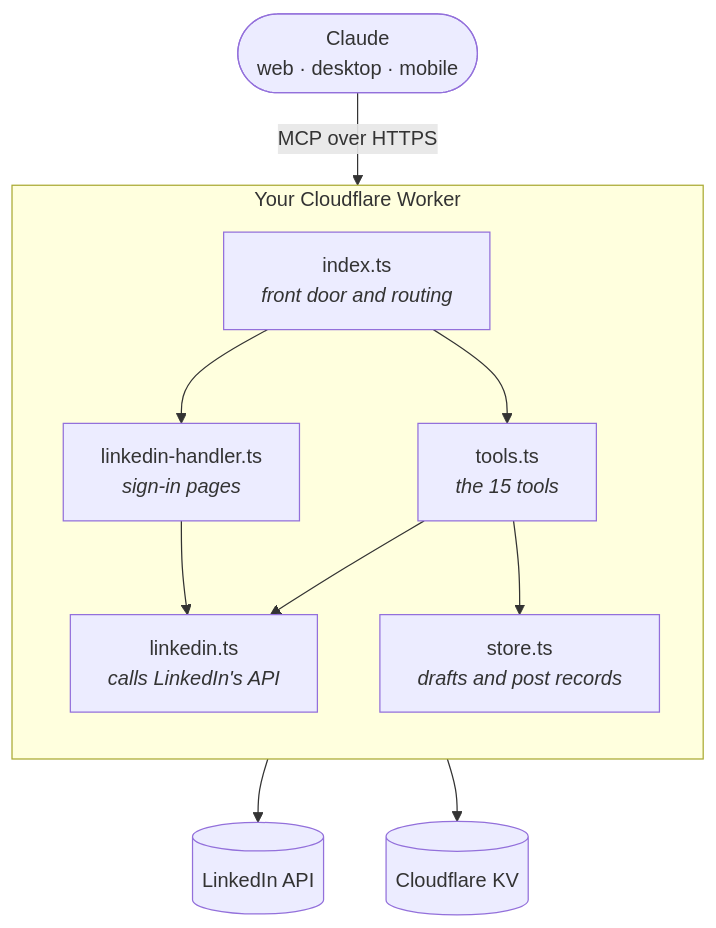
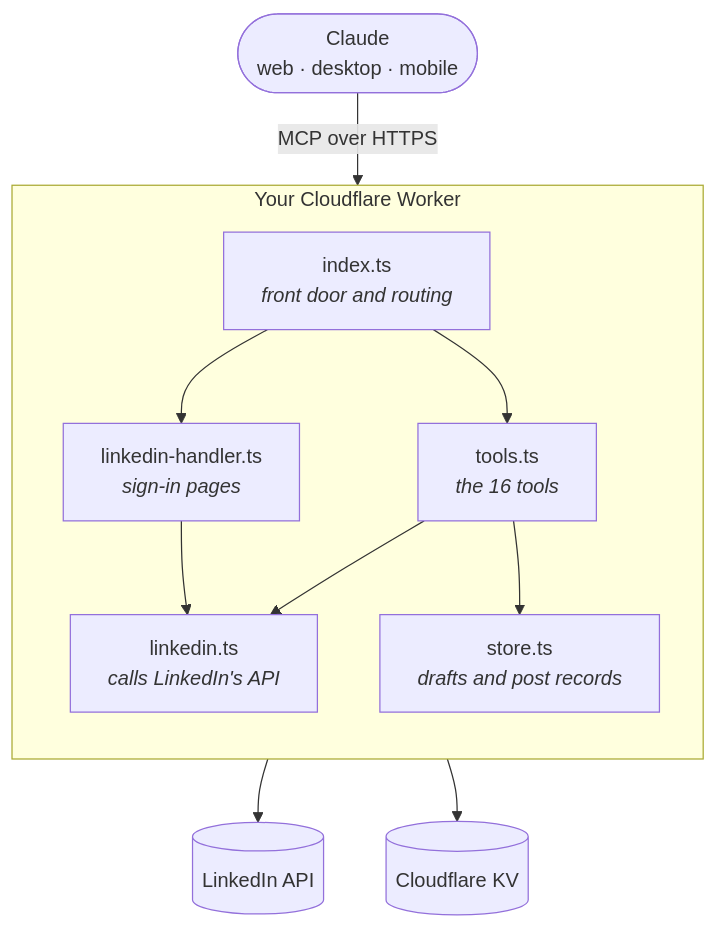
One commit to arooj1/postline-mcp changed the first of 6 diagrams in README.md. Above: the diagram before and after it, drawn with Mermaid. The commit also changed other lines of this file and 12 other files, not shown here.

````diff
--- a/README.md
+++ b/README.md
@@ -43,22 +44,22 @@
 ```mermaid
 flowchart TB
     Claude(["Claude<br/>web · desktop · mobile"])
     subgraph Worker["Your Cloudflare Worker"]
         direction TB
         index["index.ts<br/><i>front door and routing</i>"]
         handler["linkedin-handler.ts<br/><i>sign-in pages</i>"]
-        tools["tools.ts<br/><i>the 15 tools</i>"]
+        tools["tools.ts<br/><i>the 16 tools</i>"]
         li["linkedin.ts<br/><i>calls LinkedIn's API</i>"]
         store["store.ts<br/><i>drafts and post records</i>"]
         index --> handler
         index --> tools
         handler --> li
         tools --> li
         tools --> store
     end
     LinkedIn[("LinkedIn API")]
     KV[("Cloudflare KV")]
     Claude -- "MCP over HTTPS" --> index
     li --> LinkedIn
     store --> KV
 ```
````
